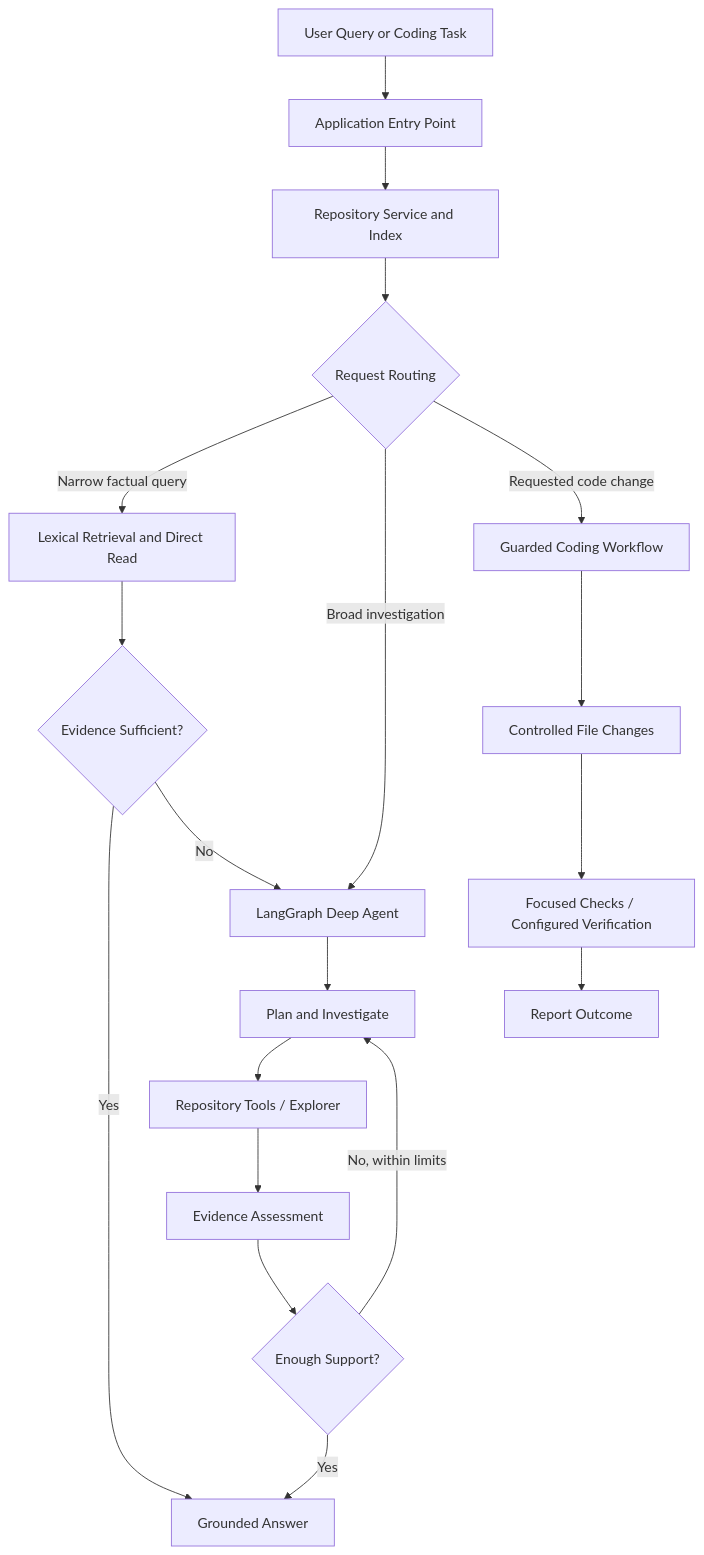
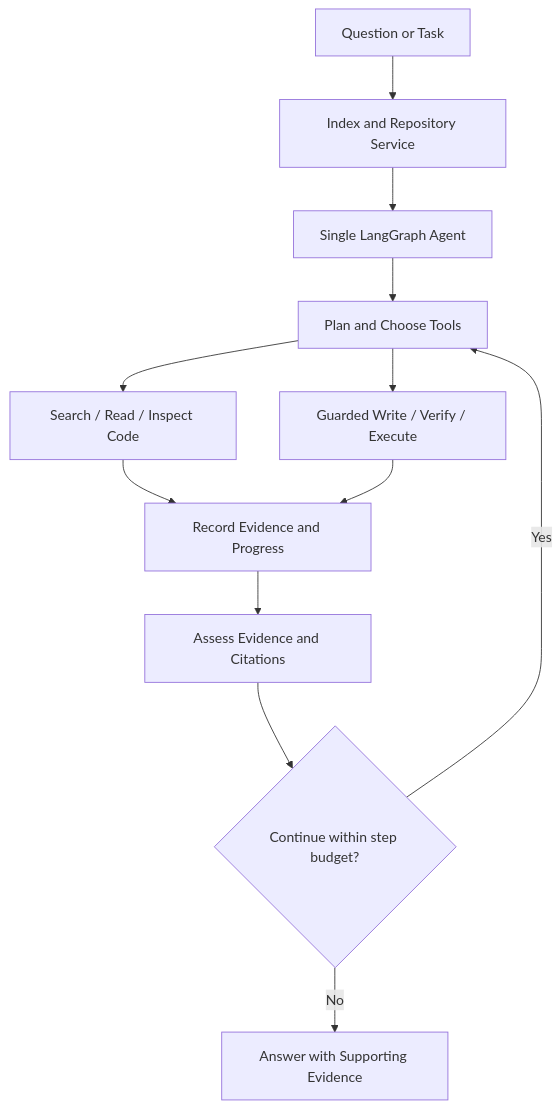
One commit to Jayesh-2006/agentic-repository-intelligence changed the diagram in README.md. Above: the diagram before and after it, drawn with Mermaid. The commit also changed other lines of this file and 35 other files, not shown here.

Commit message:
Update ARI with cleaned single-agent architecture

````diff
--- a/README.md
+++ b/README.md
@@ -23,21 +41,14 @@
-```mermaid
+``` mermaid
 flowchart TD
-    A["User Query or Coding Task"] --> B["Application Entry Point"]
-    B --> C["Repository Service and Index"]
-    C --> D{"Request Routing"}
-    D -->|"Narrow factual query"| E["Lexical Retrieval and Direct Read"]
-    E --> F{"Evidence Sufficient?"}
-    F -->|"Yes"| G["Grounded Answer"]
-    F -->|"No"| H["LangGraph Deep Agent"]
-    D -->|"Broad investigation"| H
-    D -->|"Requested code change"| I["Guarded Coding Workflow"]
-    H --> J["Plan and Investigate"]
-    J --> K["Repository Tools / Explorer"]
-    K --> L["Evidence Assessment"]
-    L --> M{"Enough Support?"}
-    M -->|"No, within limits"| J
-    M -->|"Yes"| G
-    I --> N["Controlled File Changes"]
-    N --> O["Focused Checks / Configured Verification"]
-    O --> P["Report Outcome"]
+    A["Question or Task"] --> B["Index and Repository Service"]
+    B --> C["Single LangGraph Agent"]
+    C --> D["Plan and Choose Tools"]
+    D --> E["Search / Read / Inspect Code"]
+    D --> F["Guarded Write / Verify / Execute"]
+    E --> G["Record Evidence and Progress"]
+    F --> G
+    G --> H["Assess Evidence and Citations"]
+    H --> I{"Continue within step budget?"}
+    I -->|Yes| D
+    I -->|No| J["Answer with Supporting Evidence"]
 ```
````
